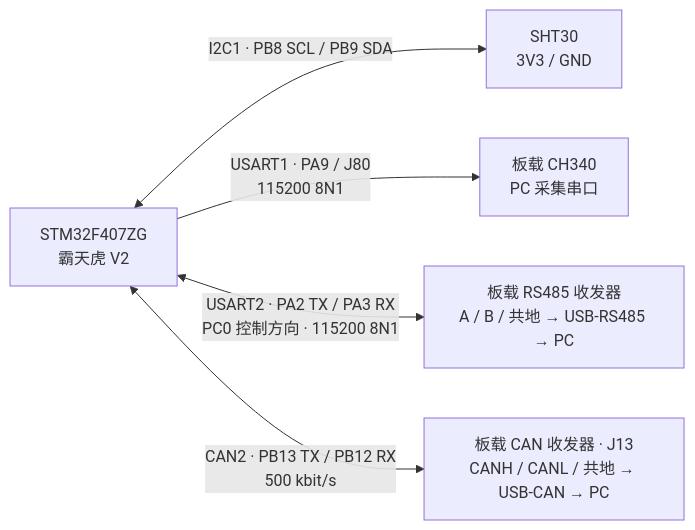
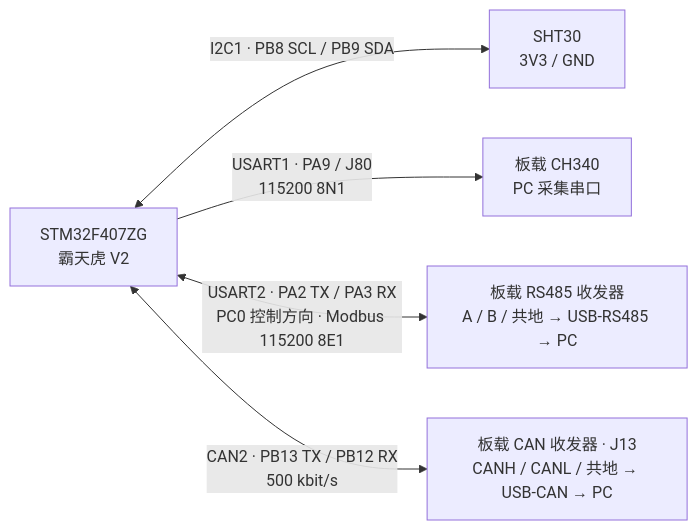
One commit to tmhcyber/stm32f407-data-terminal changed the diagram in README.md. Above: the diagram before and after it, drawn with Mermaid. The commit also changed other lines of this file and 61 other files, not shown here.

````diff
--- a/README.md
+++ b/README.md
@@ -42,7 +62,7 @@
 ```mermaid
 flowchart LR
     MCU["STM32F407ZG<br/>霸天虎 V2"] <-->|"I2C1 · PB8 SCL / PB9 SDA"| S["SHT30<br/>3V3 / GND"]
     MCU -->|"USART1 · PA9 / J80<br/>115200 8N1"| U["板载 CH340<br/>PC 采集串口"]
-    MCU <-->|"USART2 · PA2 TX / PA3 RX<br/>PC0 控制方向 · 115200 8N1"| R["板载 RS485 收发器<br/>A / B / 共地 → USB-RS485 → PC"]
+    MCU <-->|"USART2 · PA2 TX / PA3 RX<br/>PC0 控制方向 · Modbus 115200 8E1"| R["板载 RS485 收发器<br/>A / B / 共地 → USB-RS485 → PC"]
     MCU <-->|"CAN2 · PB13 TX / PB12 RX<br/>500 kbit/s"| C["板载 CAN 收发器 · J13<br/>CANH / CANL / 共地 → USB-CAN → PC"]
 ```
````
